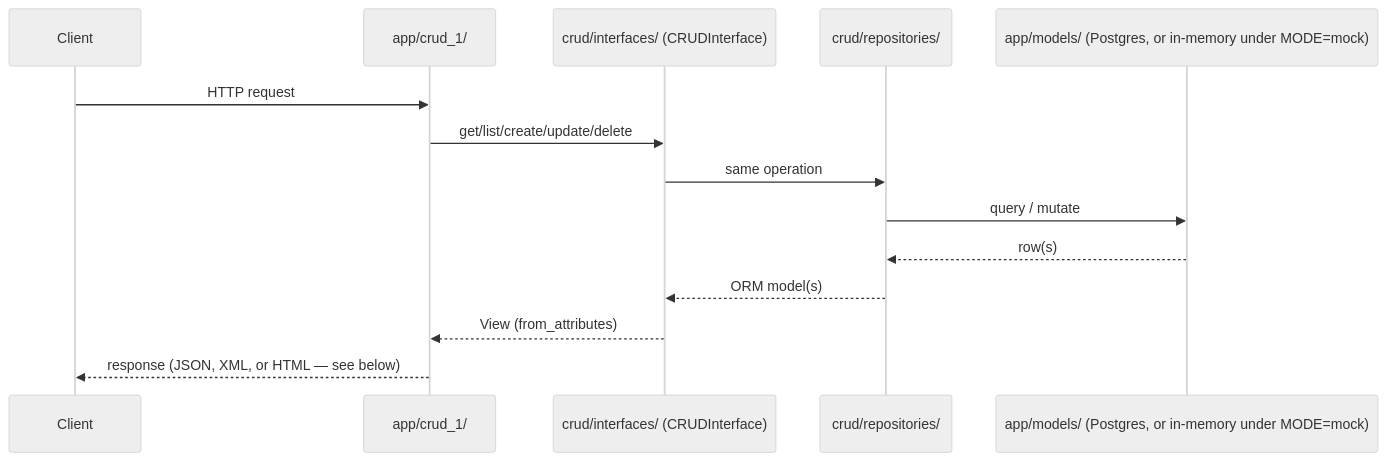
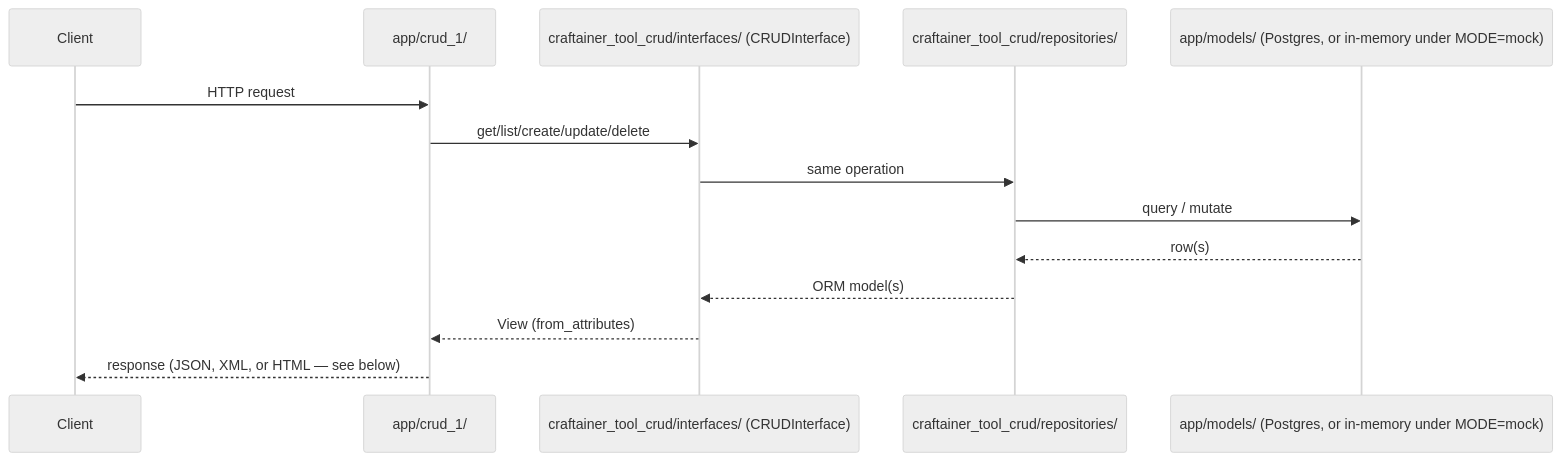
Before and after one commit to craftainer/template-fastapi: the third of 3 diagrams in docs/system-design.md, drawn with Mermaid (neutral theme). The commit also changed other lines of this file and 164 other files, not shown here.

````diff
--- a/docs/system-design.md
+++ b/docs/system-design.md
@@ -86,17 +87,17 @@
 ```mermaid
 sequenceDiagram
     participant Client
     participant Controller as app/crud_1/
-    participant CRUD as crud/interfaces/ (CRUDInterface)
-    participant Repo as crud/repositories/
+    participant CRUD as craftainer_tool_crud/interfaces/ (CRUDInterface)
+    participant Repo as craftainer_tool_crud/repositories/
     participant Model as app/models/ (Postgres, or in-memory under MODE=mock)
 
     Client->>Controller: HTTP request
     Controller->>CRUD: get/list/create/update/delete
     CRUD->>Repo: same operation
     Repo->>Model: query / mutate
     Model-->>Repo: row(s)
     Repo-->>CRUD: ORM model(s)
     CRUD-->>Controller: View (from_attributes)
     Controller-->>Client: response (JSON, XML, or HTML — see below)
 ```
````
